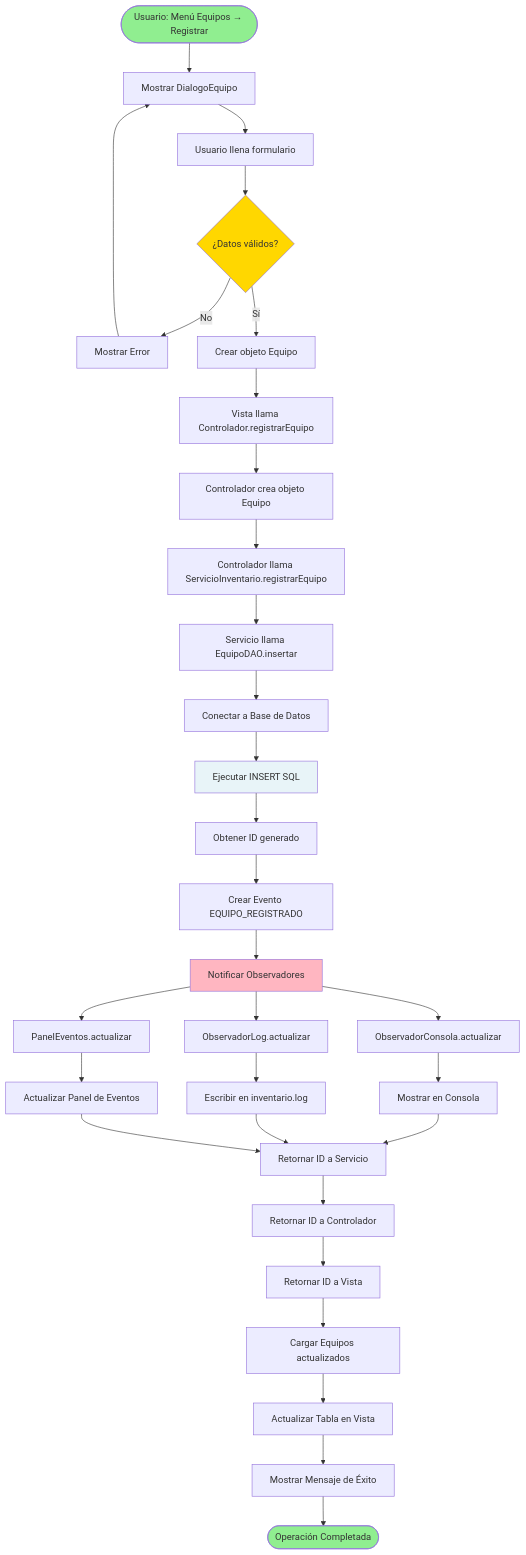
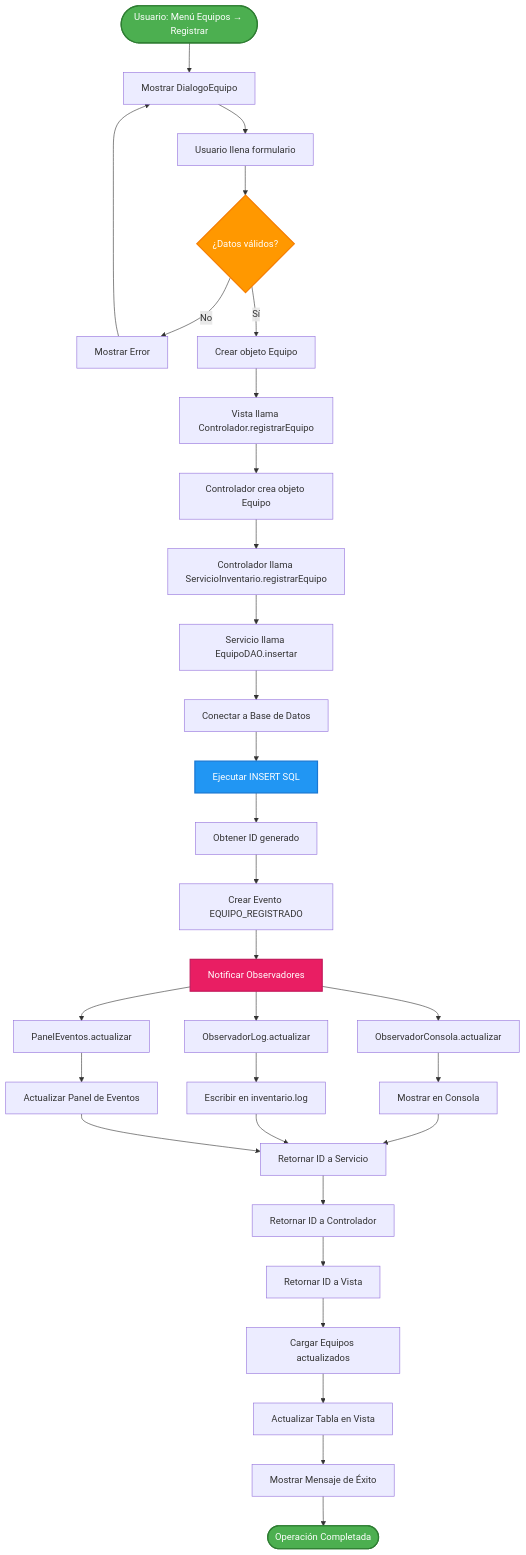
The second of 6 diagrams in Dfd.md (EduardoMorales-05/LP3-G04-SG03), drawn with Mermaid before and after one commit. The commit also changed other lines of this file, not shown here.

````diff
--- a/Dfd.md
+++ b/Dfd.md
@@ -35,39 +35,39 @@
 ```mermaid
 flowchart TD
     Start([Usuario: Menú Equipos → Registrar]) --> MostrarDialogo[Mostrar DialogoEquipo]
     MostrarDialogo --> UsuarioLlena[Usuario llena formulario]
     UsuarioLlena --> Validar{¿Datos válidos?}
     Validar -->|No| MostrarError[Mostrar Error]
     MostrarError --> MostrarDialogo
     Validar -->|Sí| CrearEquipo[Crear objeto Equipo]
     CrearEquipo --> LlamarControlador[Vista llama Controlador.registrarEquipo]
     LlamarControlador --> ControladorCrea[Controlador crea objeto Equipo]
     ControladorCrea --> LlamarServicio[Controlador llama ServicioInventario.registrarEquipo]
     LlamarServicio --> ServicioLlamaDAO[Servicio llama EquipoDAO.insertar]
     ServicioLlamaDAO --> ConectarBD[Conectar a Base de Datos]
     ConectarBD --> InsertarSQL[Ejecutar INSERT SQL]
     InsertarSQL --> ObtenerID[Obtener ID generado]
     ObtenerID --> CrearEvento[Crear Evento EQUIPO_REGISTRADO]
     CrearEvento --> NotificarObservadores[Notificar Observadores]
     NotificarObservadores --> ObservadorConsola[ObservadorConsola.actualizar]
     NotificarObservadores --> ObservadorLog[ObservadorLog.actualizar]
     NotificarObservadores --> PanelEventos[PanelEventos.actualizar]
     ObservadorConsola --> MostrarConsola[Mostrar en Consola]
     ObservadorLog --> EscribirLog[Escribir en inventario.log]
     PanelEventos --> ActualizarUI[Actualizar Panel de Eventos]
     MostrarConsola --> RetornarServicio[Retornar ID a Servicio]
     EscribirLog --> RetornarServicio
     ActualizarUI --> RetornarServicio
     RetornarServicio --> RetornarControlador[Retornar ID a Controlador]
     RetornarControlador --> RetornarVista[Retornar ID a Vista]
     RetornarVista --> CargarEquipos[Cargar Equipos actualizados]
     CargarEquipos --> ActualizarTabla[Actualizar Tabla en Vista]
     ActualizarTabla --> MostrarExito[Mostrar Mensaje de Éxito]
     MostrarExito --> End([Operación Completada])
     
-    style Start fill:#90EE90
-    style End fill:#90EE90
-    style Validar fill:#FFD700
-    style NotificarObservadores fill:#FFB6C1
-    style InsertarSQL fill:#E8F4F8
+    style Start fill:#4CAF50,stroke:#2E7D32,stroke-width:2px,color:#fff
+    style End fill:#4CAF50,stroke:#2E7D32,stroke-width:2px,color:#fff
+    style Validar fill:#FF9800,stroke:#F57C00,stroke-width:2px,color:#fff
+    style NotificarObservadores fill:#E91E63,stroke:#C2185B,stroke-width:2px,color:#fff
+    style InsertarSQL fill:#2196F3,stroke:#1976D2,stroke-width:2px,color:#fff
 ```
````
